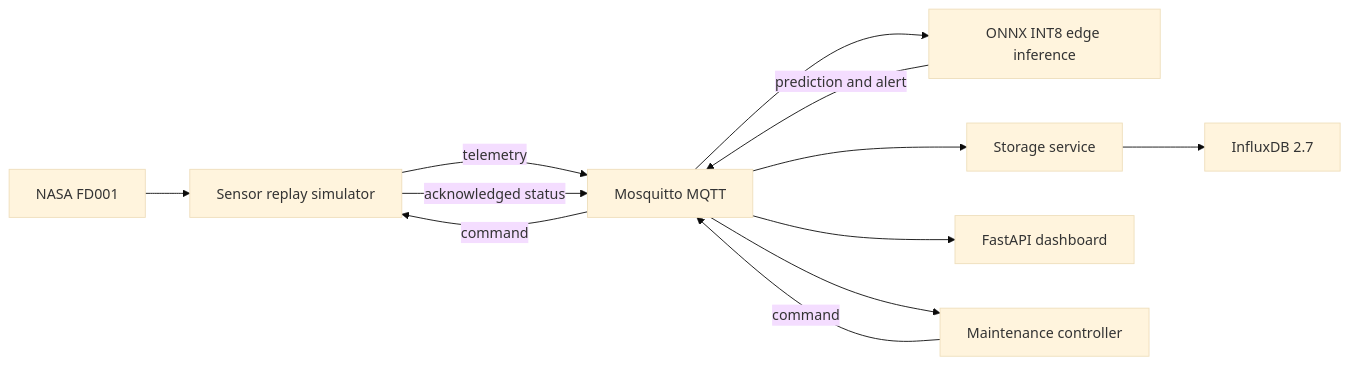
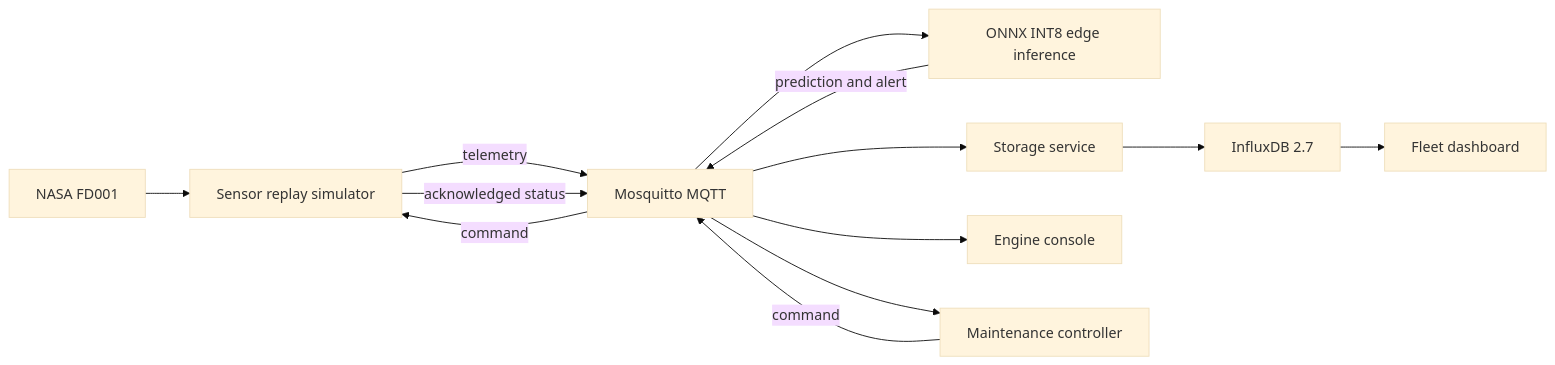
One commit to HuynhThanhQuan/aeropulse-aiot-predictive-maintenance changed the diagram in README.md. Above: the diagram before and after it, drawn with Mermaid (base theme). The commit also changed other lines of this file, not shown here.

````diff
--- a/README.md
+++ b/README.md
@@ -21,14 +13,15 @@
 ```mermaid
 flowchart LR
     Data[NASA FD001] --> Simulator[Sensor replay simulator]
     Simulator -->|telemetry| MQTT[Mosquitto MQTT]
     MQTT --> Edge[ONNX INT8 edge inference]
     Edge -->|prediction and alert| MQTT
     MQTT --> Storage[Storage service]
     Storage --> DB[InfluxDB 2.7]
-    MQTT --> UI[FastAPI dashboard]
+    MQTT --> UI[Engine console]
+    DB --> Fleet[Fleet dashboard]
     MQTT --> Controller[Maintenance controller]
     Controller -->|command| MQTT
     MQTT -->|command| Simulator
     Simulator -->|acknowledged status| MQTT
 ```
````
